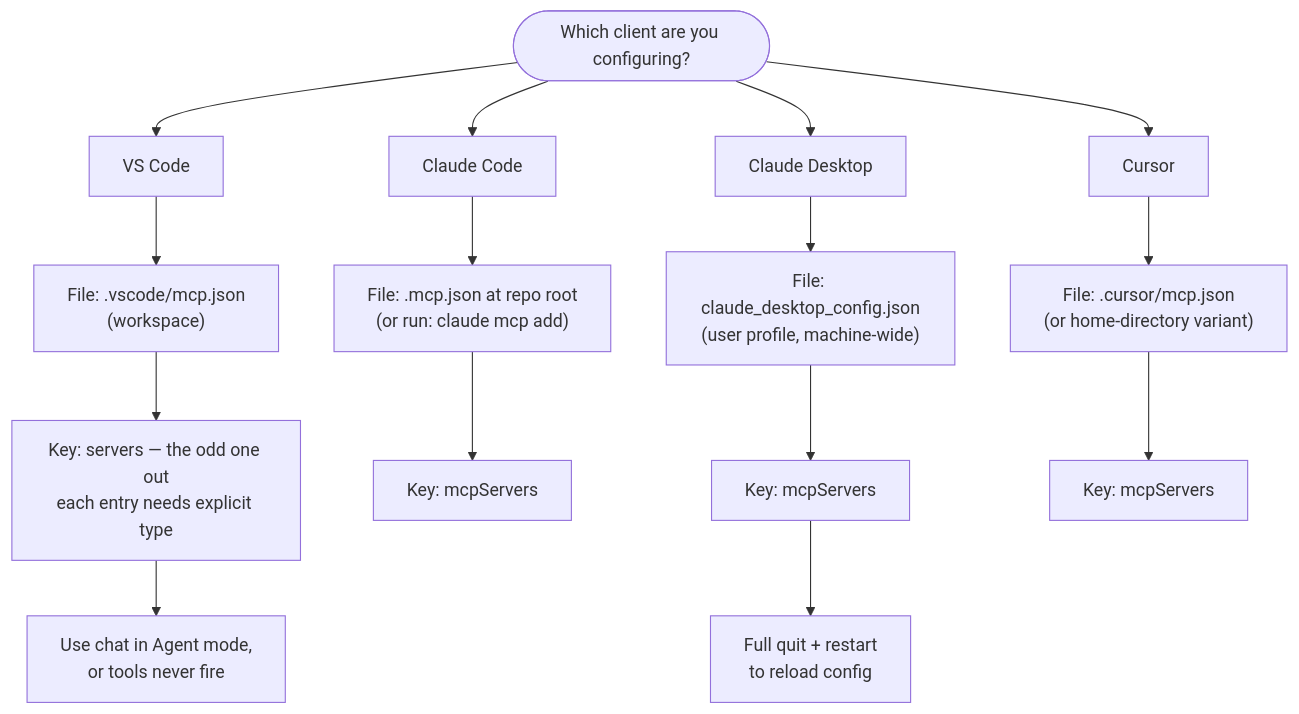
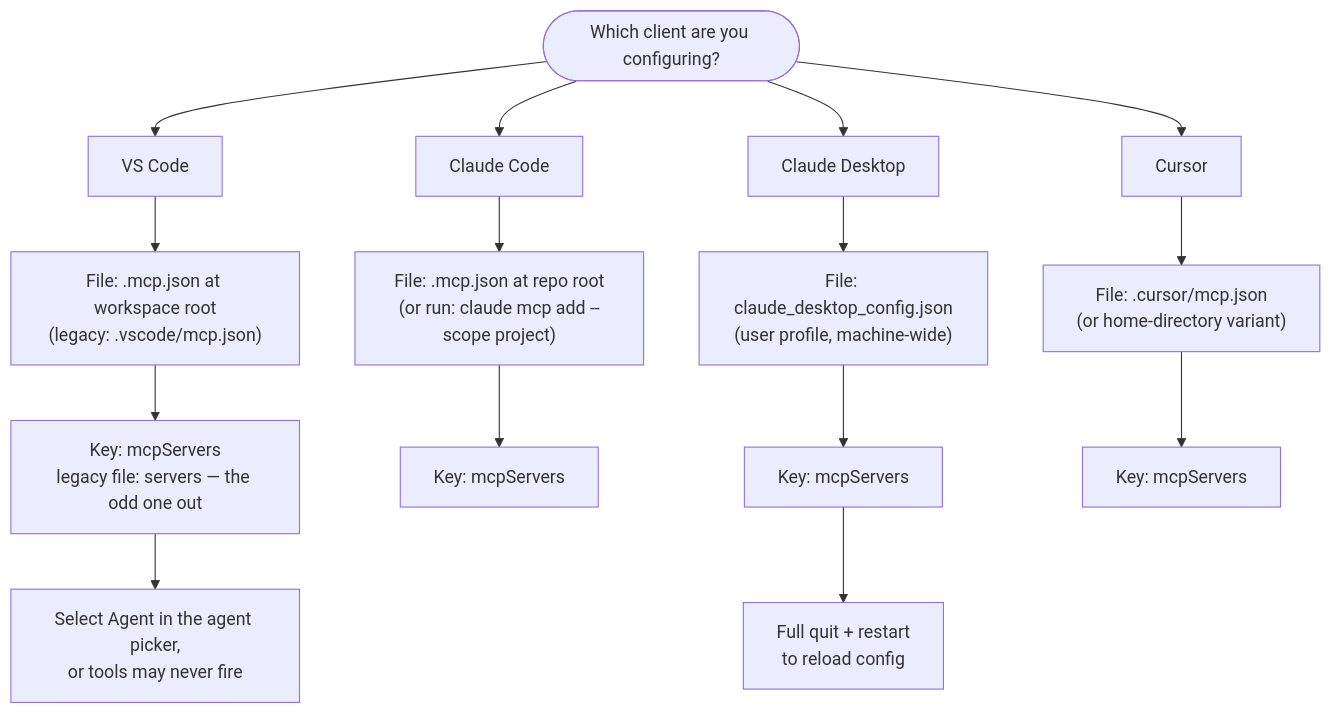
Before and after one commit to nitinpawar28/AI-learn: the first of 2 diagrams in docs/part3-mcp/ide-integration.md, drawn with Mermaid. The commit also changed other lines of this file and 6 other files, not shown here.

````diff
--- a/docs/part3-mcp/ide-integration.md
+++ b/docs/part3-mcp/ide-integration.md
@@ -112,18 +115,18 @@
 ```mermaid
 flowchart TD
     Q(["Which client are you configuring?"])
     Q --> VSC["VS Code"]
     Q --> CC["Claude Code"]
     Q --> CD["Claude Desktop"]
     Q --> CU["Cursor"]
-    VSC --> VSCF["File: .vscode/mcp.json<br/>(workspace)"]
-    VSCF --> VSCK["Key: servers — the odd one out<br/>each entry needs explicit type"]
-    VSCK --> VSCQ["Use chat in Agent mode,<br/>or tools never fire"]
-    CC --> CCF["File: .mcp.json at repo root<br/>(or run: claude mcp add)"]
+    VSC --> VSCF["File: .mcp.json at workspace root<br/>(legacy: .vscode/mcp.json)"]
+    VSCF --> VSCK["Key: mcpServers<br/>legacy file: servers — the odd one out"]
+    VSCK --> VSCQ["Select Agent in the agent picker,<br/>or tools may never fire"]
+    CC --> CCF["File: .mcp.json at repo root<br/>(or run: claude mcp add --scope project)"]
     CCF --> CCK["Key: mcpServers"]
     CD --> CDF["File: claude_desktop_config.json<br/>(user profile, machine-wide)"]
     CDF --> CDK["Key: mcpServers"]
     CDK --> CDQ["Full quit + restart<br/>to reload config"]
     CU --> CUF["File: .cursor/mcp.json<br/>(or home-directory variant)"]
     CUF --> CUK["Key: mcpServers"]
 ```
````
